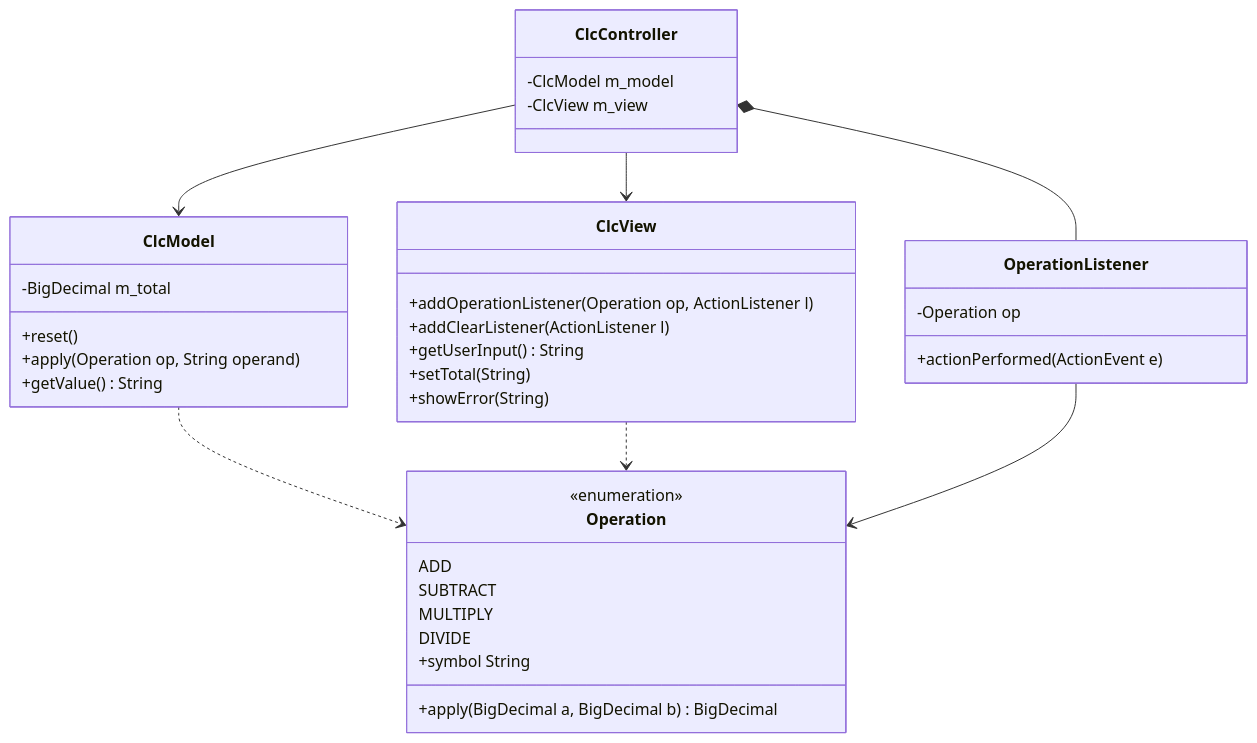
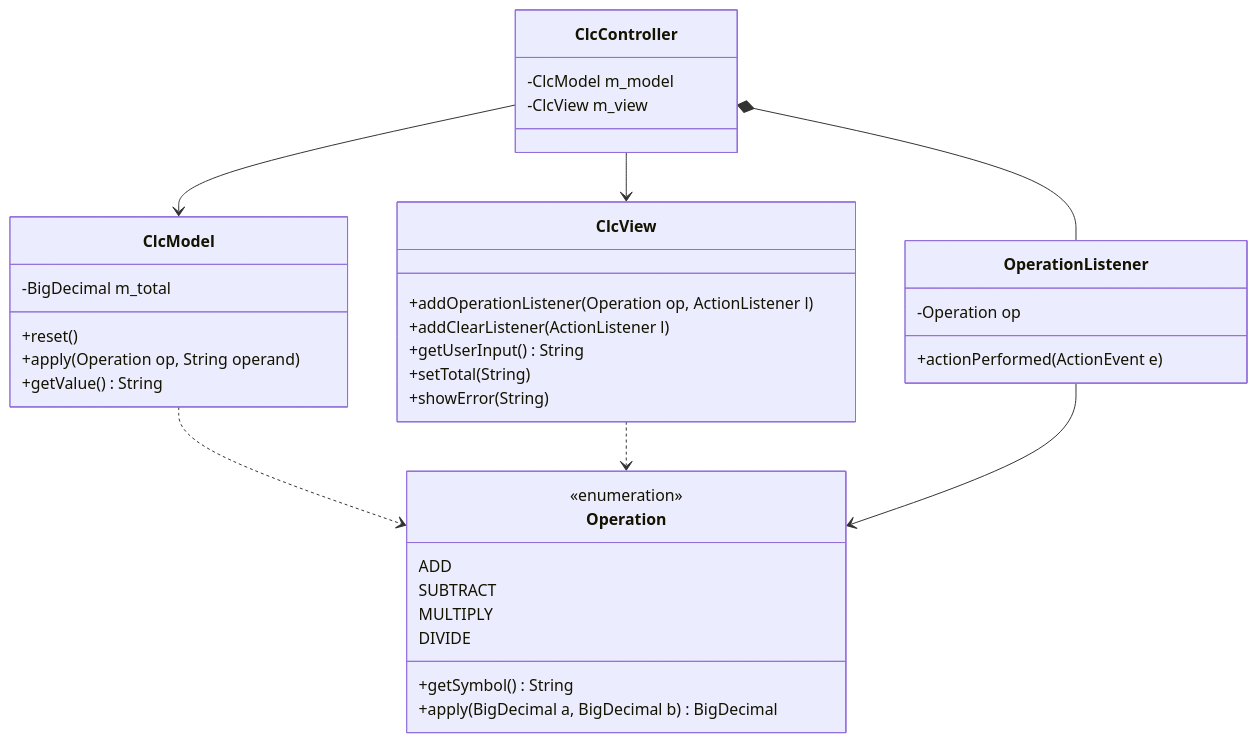
One commit to Rams3s-R/Poo-PDs changed the third of 3 diagrams in PD3/README.md. Above: the diagram before and after it, drawn with Mermaid. The commit also changed other lines of this file and 1 other file, not shown here.

````diff
--- a/PD3/README.md
+++ b/PD3/README.md
@@ -144,40 +148,40 @@
 ```mermaid
 classDiagram
     class Operation {
         <<enumeration>>
         ADD
         SUBTRACT
         MULTIPLY
         DIVIDE
-        +symbol String
+        +getSymbol() String
         +apply(BigDecimal a, BigDecimal b) BigDecimal
     }
     class ClcModel {
         -BigDecimal m_total
         +reset()
         +apply(Operation op, String operand)
         +getValue() String
     }
     class ClcView {
         +addOperationListener(Operation op, ActionListener l)
         +addClearListener(ActionListener l)
         +getUserInput() String
         +setTotal(String)
         +showError(String)
     }
     class ClcController {
         -ClcModel m_model
         -ClcView m_view
     }
     class OperationListener {
         -Operation op
         +actionPerformed(ActionEvent e)
     }
 
     ClcModel ..> Operation
     ClcView ..> Operation
     ClcController *-- OperationListener
     OperationListener --> Operation
     ClcController --> ClcModel
     ClcController --> ClcView
 ```
````
